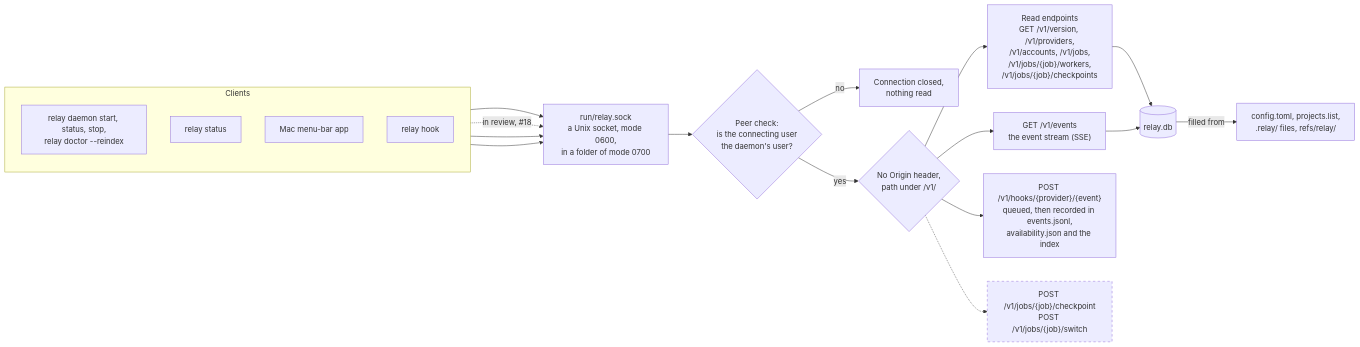
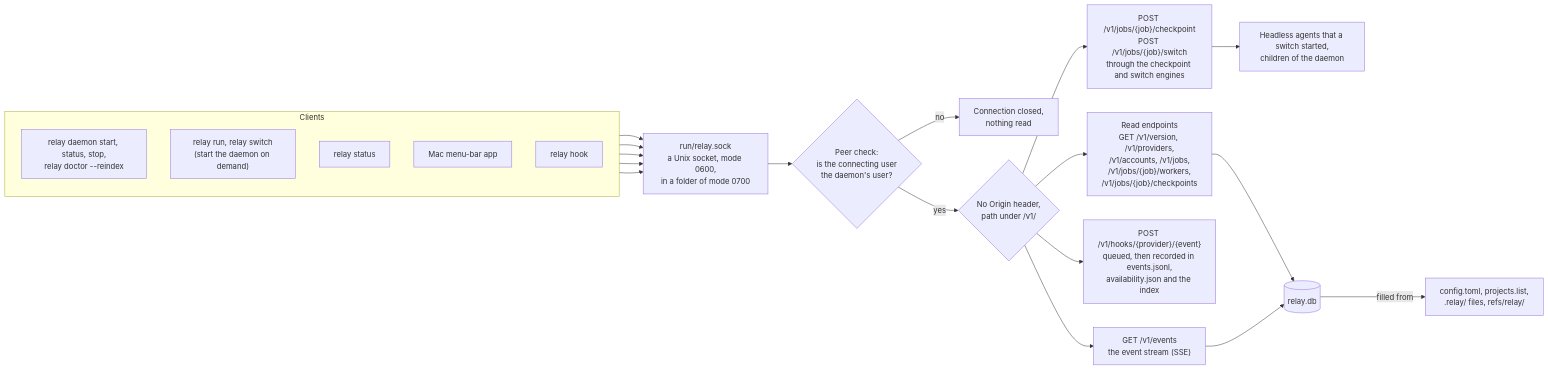
The fourth of 5 diagrams in docs/architecture.md (FrejusGdm/relay), drawn with Mermaid before and after one commit. The commit also changed other lines of this file and 36 other files, not shown here.

First line of the commit message:
feat: checkpoint and switch through the daemon, and the integration check

````diff
--- a/docs/architecture.md
+++ b/docs/architecture.md
@@ -194,29 +194,29 @@
 ```mermaid
 flowchart LR
   subgraph clients["Clients"]
     direction TB
     daemoncmd["relay daemon start, status, stop,<br/>relay doctor --reindex"]
+    runswitch["relay run, relay switch<br/>(start the daemon on demand)"]
     status["relay status"]
     mac["Mac menu-bar app"]
     hook["relay hook"]
   end
 
   daemoncmd --> sock
-  status -.->|"in review, #18"| sock
+  runswitch --> sock
+  status --> sock
   mac --> sock
   hook --> sock
 
   sock["run/relay.sock<br/>a Unix socket, mode 0600,<br/>in a folder of mode 0700"] --> peer{"Peer check:<br/>is the connecting user<br/>the daemon's user?"}
   peer -->|"no"| closed["Connection closed,<br/>nothing read"]
   peer -->|"yes"| router{"No Origin header,<br/>path under /v1/"}
   router --> reads["Read endpoints<br/>GET /v1/version, /v1/providers,<br/>/v1/accounts, /v1/jobs,<br/>/v1/jobs/{job}/workers,<br/>/v1/jobs/{job}/checkpoints"]
   router --> sse["GET /v1/events<br/>the event stream (SSE)"]
   router --> hooks["POST /v1/hooks/{provider}/{event}<br/>queued, then recorded in events.jsonl,<br/>availability.json and the index"]
-  router -.-> actions["POST /v1/jobs/{job}/checkpoint<br/>POST /v1/jobs/{job}/switch"]
+  router --> actions["POST /v1/jobs/{job}/checkpoint<br/>POST /v1/jobs/{job}/switch<br/>through the checkpoint and switch engines"]
+  actions --> agents["Headless agents that a switch started,<br/>children of the daemon"]
   reads --> index[("relay.db")]
   sse --> index
   index -->|"filled from"| files["config.toml, projects.list,<br/>.relay/ files, refs/relay/"]
-
-  classDef later stroke-dasharray: 5 5
-  class actions later
 ```
````
